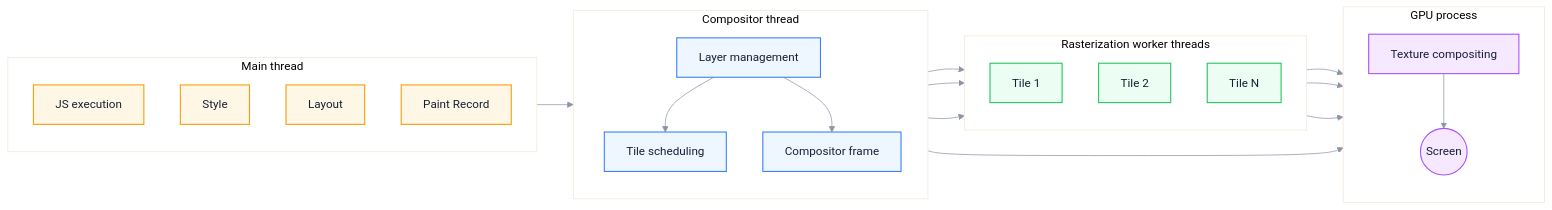
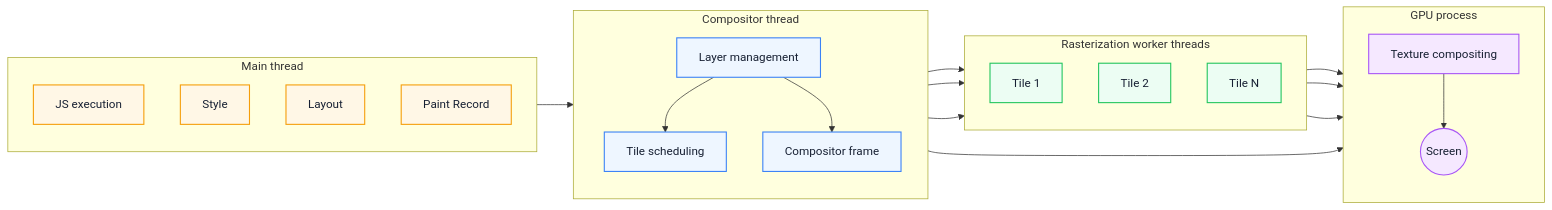
One commit to Fatejian/frontier-vault changed the second of 3 diagrams in docs/en/browser/painting-rasterization.md. Above: the diagram before and after it, drawn with Mermaid. The commit also changed other lines of this file and 37 other files, not shown here.

````diff
--- a/docs/en/browser/painting-rasterization.md
+++ b/docs/en/browser/painting-rasterization.md
@@ -312,51 +312,51 @@
 ```mermaid
-%%{init: {'theme': 'base', 'themeVariables': { 'fontFamily': 'Inter, PingFang SC, Microsoft YaHei, sans-serif', 'primaryColor': '#EEF6FF', 'primaryTextColor': '#172033', 'primaryBorderColor': '#6EA8FE', 'lineColor': '#8A94A6'}}}%%
+%%{init: {'theme': 'base', 'themeVariables': { 'fontFamily': 'Inter, PingFang SC, Microsoft YaHei, sans-serif', 'primaryColor': '#EEF6FF', 'primaryTextColor': '#172033', 'primaryBorderColor': '#6EA8FE', 'lineColor': '#8A94A6, 'fontSize': '13px'}}}%%
 flowchart LR
     subgraph Main[Main thread]
         direction TB
         M1[JS execution]
         M2[Style]
         M3[Layout]
         M4[Paint Record]
     end
 
     subgraph Compositor[Compositor thread]
         direction TB
         C1[Layer management]
         C2[Tile scheduling]
         C3[Compositor frame]
     end
 
     subgraph Workers[Rasterization worker threads]
         direction TB
         W1[Tile 1]
         W2[Tile 2]
         W3[Tile N]
     end
 
     subgraph GPUProc[GPU process]
         direction TB
         G1[Texture compositing]
         G2((Screen))
     end
 
     M4 --> C1
     C1 --> C2 --> W1
     C2 --> W2
     C2 --> W3
     W1 --> G1
     W2 --> G1
     W3 --> G1
     C1 --> C3 --> G1
     G1 --> G2
 
     classDef main fill:#FFF7E6,stroke:#F59E0B,color:#172033,stroke-width:1.5px;
     classDef comp fill:#EEF6FF,stroke:#3B82F6,color:#172033,stroke-width:1.5px;
     classDef work fill:#ECFDF3,stroke:#22C55E,color:#172033,stroke-width:1.5px;
     classDef gpu fill:#F5E8FF,stroke:#A855F7,color:#172033,stroke-width:1.5px;
 
     class M1,M2,M3,M4 main;
     class C1,C2,C3 comp;
     class W1,W2,W3 work;
     class G1,G2 gpu;
 ```
````
